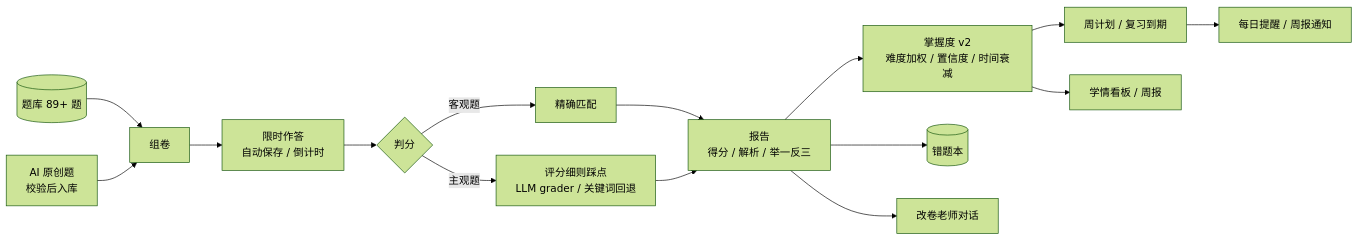
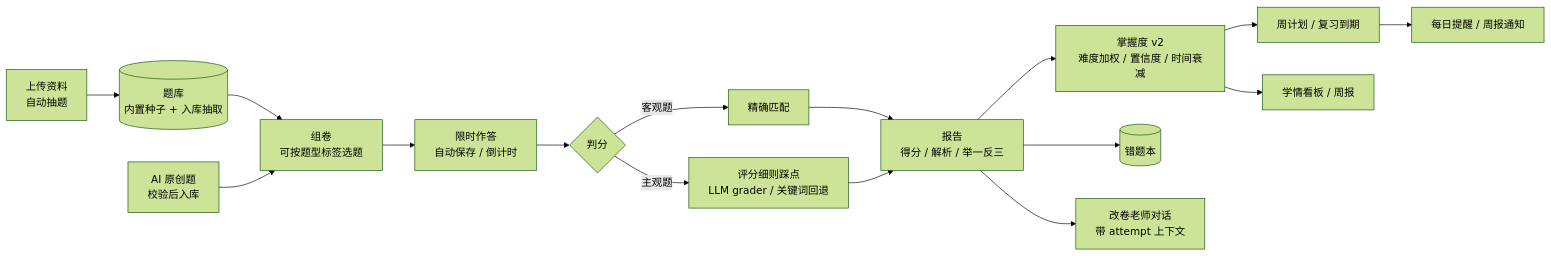
One commit to yijiejiang/kaogong-school changed the diagram in docs/diagrams/exam-loop.mmd. Above: the diagram before and after it, drawn with Mermaid (forest theme). The commit also changed 12 other files, not shown here.

First line of the commit message:
加 diagrams 目标，一条命令重渲染所有架构图

```diff
--- a/docs/diagrams/exam-loop.mmd
+++ b/docs/diagrams/exam-loop.mmd
@@ -1,14 +1,15 @@
 flowchart LR
-  Bank[("题库 89+ 题")] --> Generate["组卷"]
+  Upload["上传资料<br/>自动抽题"] --> Bank[("题库<br/>内置种子 + 入库抽取")]
+  Bank --> Generate["组卷<br/>可按题型标签选题"]
   AI["AI 原创题<br/>校验后入库"] --> Generate
   Generate --> Take["限时作答<br/>自动保存 / 倒计时"]
   Take --> Grade{"判分"}
   Grade -->|客观题| G1["精确匹配"]
   Grade -->|主观题| G2["评分细则踩点<br/>LLM grader / 关键词回退"]
   G1 & G2 --> Report["报告<br/>得分 / 解析 / 举一反三"]
   Report --> Mastery["掌握度 v2<br/>难度加权 / 置信度 / 时间衰减"]
   Report --> Errors[("错题本")]
   Mastery --> Plan["周计划 / 复习到期"]
   Mastery --> Dashboard["学情看板 / 周报"]
   Plan --> Notify["每日提醒 / 周报通知"]
-  Report --> GraderChat["改卷老师对话"]
+  Report --> GraderChat["改卷老师对话<br/>带 attempt 上下文"]
```
